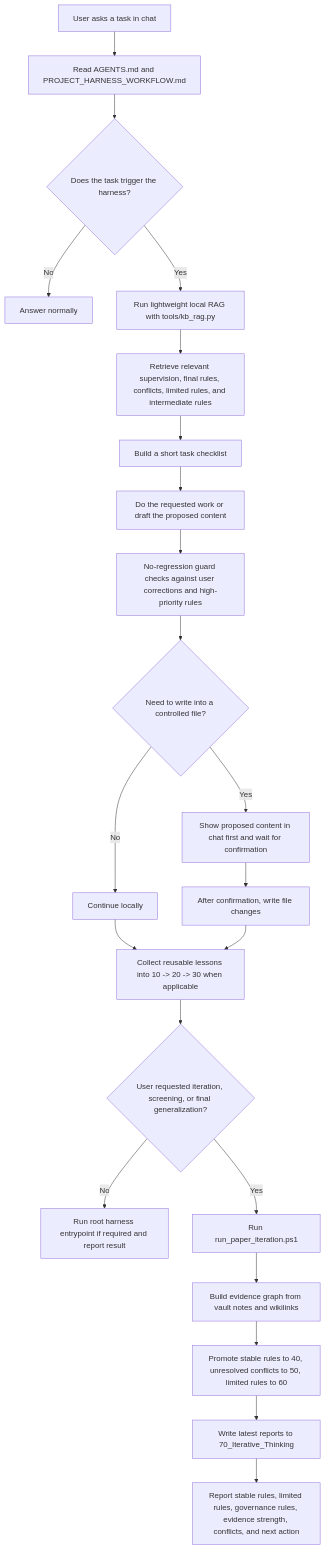
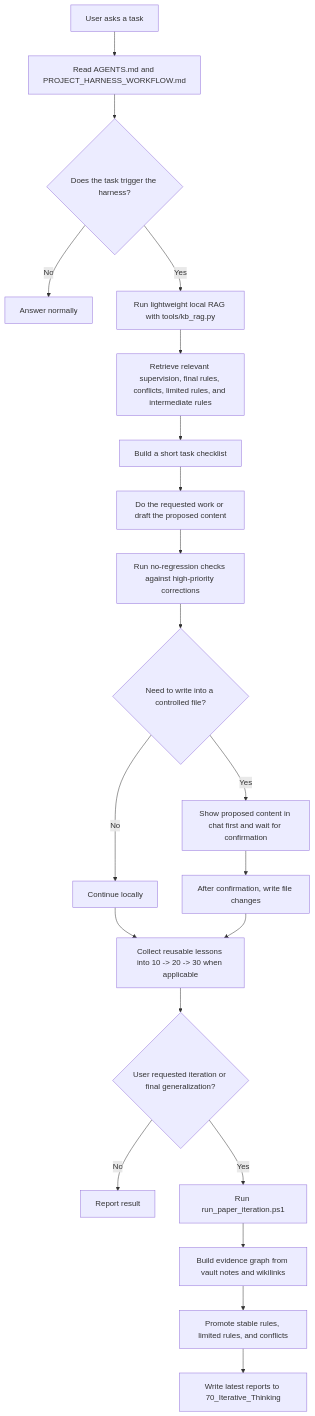
One commit to LLK-LL/Self-Learning-Library changed the diagram in README.md. Above: the diagram before and after it, drawn with Mermaid. The commit also changed other lines of this file and 11 other files, not shown here.

````diff
--- a/README.md
+++ b/README.md
@@ -37,24 +68,23 @@
 ```mermaid
 flowchart TD
-    A["User asks a task in chat"] --> B["Read AGENTS.md and PROJECT_HARNESS_WORKFLOW.md"]
+    A["User asks a task"] --> B["Read AGENTS.md and PROJECT_HARNESS_WORKFLOW.md"]
     B --> C{"Does the task trigger the harness?"}
     C -- "No" --> D["Answer normally"]
     C -- "Yes" --> E["Run lightweight local RAG with tools/kb_rag.py"]
     E --> F["Retrieve relevant supervision, final rules, conflicts, limited rules, and intermediate rules"]
     F --> G["Build a short task checklist"]
     G --> H["Do the requested work or draft the proposed content"]
-    H --> I["No-regression guard checks against user corrections and high-priority rules"]
+    H --> I["Run no-regression checks against high-priority corrections"]
     I --> J{"Need to write into a controlled file?"}
     J -- "Yes" --> K["Show proposed content in chat first and wait for confirmation"]
     J -- "No" --> L["Continue locally"]
     K --> M["After confirmation, write file changes"]
     L --> N["Collect reusable lessons into 10 -> 20 -> 30 when applicable"]
     M --> N
-    N --> O{"User requested iteration, screening, or final generalization?"}
-    O -- "No" --> P["Run root harness entrypoint if required and report result"]
+    N --> O{"User requested iteration or final generalization?"}
+    O -- "No" --> P["Report result"]
     O -- "Yes" --> Q["Run run_paper_iteration.ps1"]
     Q --> R["Build evidence graph from vault notes and wikilinks"]
-    R --> S["Promote stable rules to 40, unresolved conflicts to 50, limited rules to 60"]
+    R --> S["Promote stable rules, limited rules, and conflicts"]
     S --> T["Write latest reports to 70_Iterative_Thinking"]
-    T --> U["Report stable rules, limited rules, governance rules, evidence strength, conflicts, and next action"]
 ```
````
